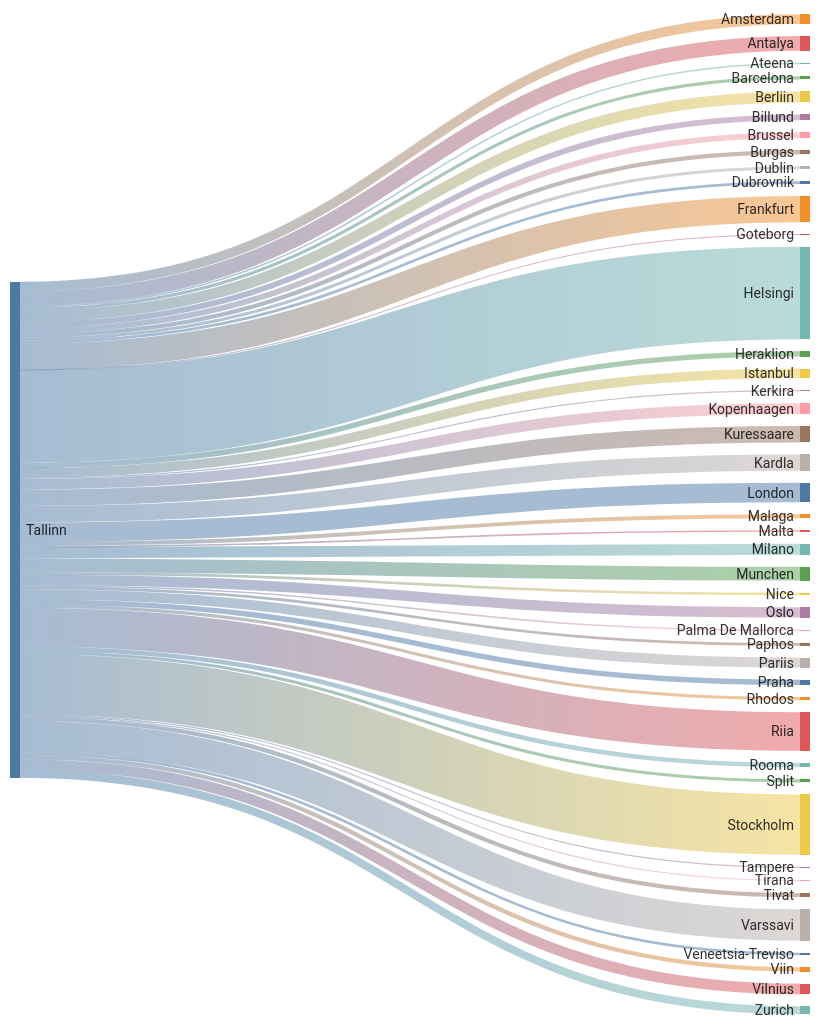
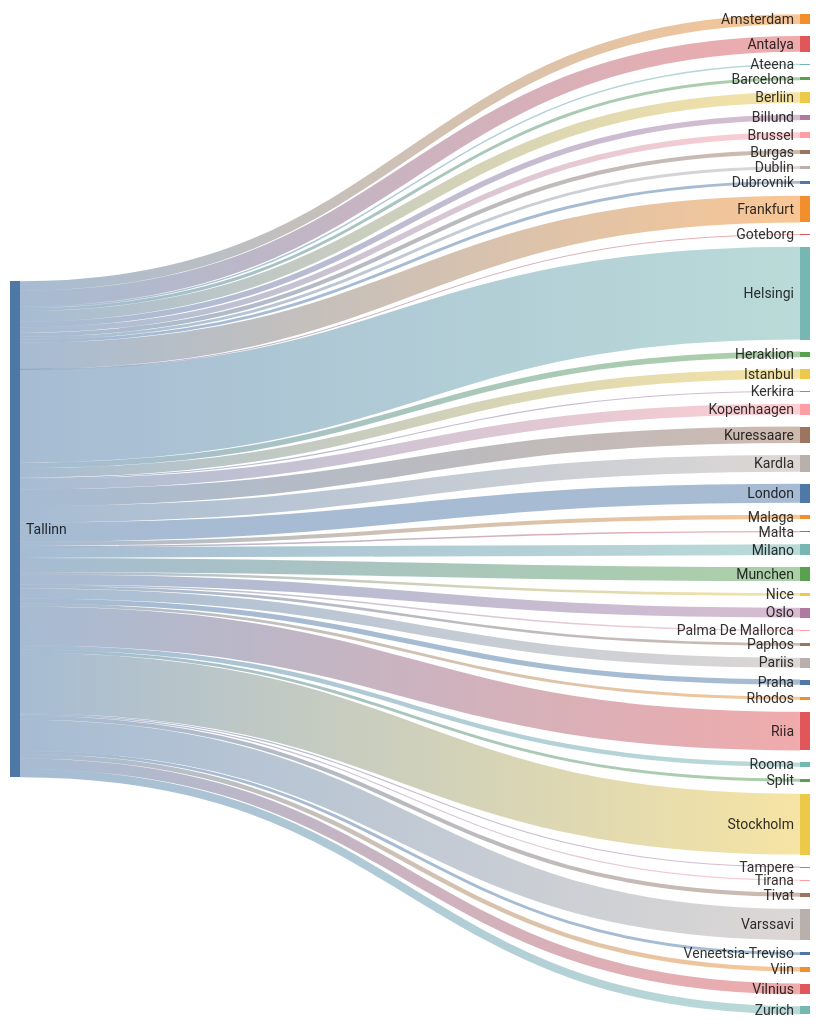
The second of 2 diagrams in README.md (rainermesi/tll-airport-departures), drawn with Mermaid before and after one commit. The commit also changed other lines of this file, not shown here.

````diff
--- a/README.md
+++ b/README.md
@@ -34,56 +34,56 @@
 ```mermaid
 ---
 config:
   sankey:
     showValues: false
     width: 800
     height: 1000
 ---
 sankey-beta
 %% source,target,value
-Tallinn,Amsterdam,25
-Tallinn,Antalya,39
+Tallinn,Amsterdam,26
+Tallinn,Antalya,43
 Tallinn,Ateena,4
 Tallinn,Barcelona,8
 Tallinn,Berliin,29
 Tallinn,Billund,15
 Tallinn,Brussel,15
 Tallinn,Burgas,11
 Tallinn,Dublin,8
-Tallinn,Dubrovnik,7
-Tallinn,Frankfurt,69
+Tallinn,Dubrovnik,8
+Tallinn,Frankfurt,72
 Tallinn,Goteborg,1
-Tallinn,Helsingi,242
-Tallinn,Heraklion,14
-Tallinn,Istanbul,25
+Tallinn,Helsingi,252
+Tallinn,Heraklion,15
+Tallinn,Istanbul,26
 Tallinn,Kerkira,3
-Tallinn,Kopenhaagen,28
-Tallinn,Kuressaare,43
-Tallinn,Kardla,43
-Tallinn,London,51
-Tallinn,Malaga,10
+Tallinn,Kopenhaagen,29
+Tallinn,Kuressaare,45
+Tallinn,Kardla,45
+Tallinn,London,52
+Tallinn,Malaga,11
 Tallinn,Malta,4
 Tallinn,Milano,29
-Tallinn,Munchen,36
+Tallinn,Munchen,38
 Tallinn,Nice,7
 Tallinn,Oslo,27
 Tallinn,Palma De Mallorca,4
 Tallinn,Paphos,7
-Tallinn,Pariis,26
+Tallinn,Pariis,27
 Tallinn,Praha,14
 Tallinn,Rhodos,8
-Tallinn,Riia,101
+Tallinn,Riia,105
 Tallinn,Rooma,12
 Tallinn,Split,8
-Tallinn,Stockholm,158
+Tallinn,Stockholm,165
 Tallinn,Tampere,3
 Tallinn,Tirana,3
 Tallinn,Tivat,11
-Tallinn,Varssavi,82
-Tallinn,Veneetsia-Treviso,7
-Tallinn,Viin,11
-Tallinn,Vilnius,28
-Tallinn,Zurich,21
+Tallinn,Varssavi,85
+Tallinn,Veneetsia-Treviso,8
+Tallinn,Viin,12
+Tallinn,Vilnius,29
+Tallinn,Zurich,22
 
 
 ```
````
